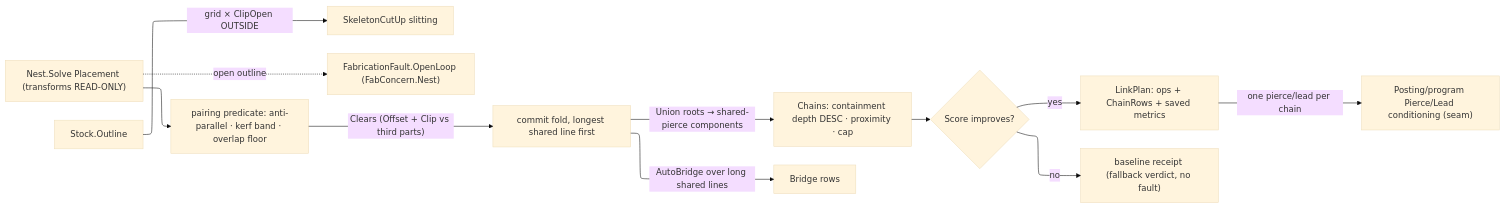
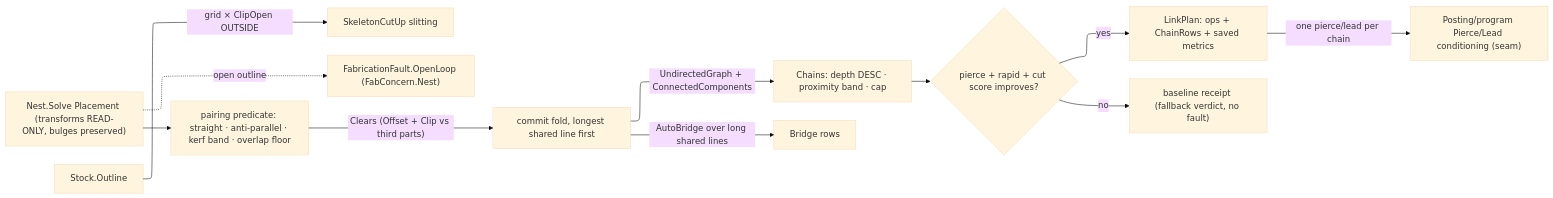
One commit to bsamiee/Rasm changed the diagram in libs/csharp/Rasm.Fabrication/.planning/Nesting/linking.md. Above: the diagram before and after it, drawn with Mermaid. The commit also changed other lines of this file and 79 other files, not shown here.

````diff
--- a/libs/csharp/Rasm.Fabrication/.planning/Nesting/linking.md
+++ b/libs/csharp/Rasm.Fabrication/.planning/Nesting/linking.md
@@ -199,18 +232,18 @@
 ```mermaid
 ---
 config:
   layout: elk
   theme: base
 ---
 flowchart LR
-    Placement["Nest.Solve Placement (transforms READ-ONLY)"] --> Pairs["pairing predicate: anti-parallel · kerf band · overlap floor"]
+    Placement["Nest.Solve Placement (transforms READ-ONLY, bulges preserved)"] --> Pairs["pairing predicate: straight · anti-parallel · kerf band · overlap floor"]
     Pairs -->|"Clears (Offset + Clip vs third parts)"| Commit["commit fold, longest shared line first"]
-    Commit -->|"Union roots → shared-pierce components"| Chains["Chains: containment depth DESC · proximity · cap"]
+    Commit -->|"UndirectedGraph + ConnectedComponents"| Chains["Chains: depth DESC · proximity band · cap"]
     Commit -->|"AutoBridge over long shared lines"| Bridge["Bridge rows"]
     Stock["Stock.Outline"] -->|"grid × ClipOpen OUTSIDE"| CutUp["SkeletonCutUp slitting"]
-    Chains --> Objective{"Score improves?"}
+    Chains --> Objective{"pierce + rapid + cut score improves?"}
     Objective -->|yes| PlanY["LinkPlan: ops + ChainRows + saved metrics"]
     Objective -->|no| PlanN["baseline receipt (fallback verdict, no fault)"]
     PlanY -->|"one pierce/lead per chain"| Program["Posting/program Pierce/Lead conditioning (seam)"]
     Placement -.->|open outline| Open["FabricationFault.OpenLoop (FabConcern.Nest)"]
 ```
````
